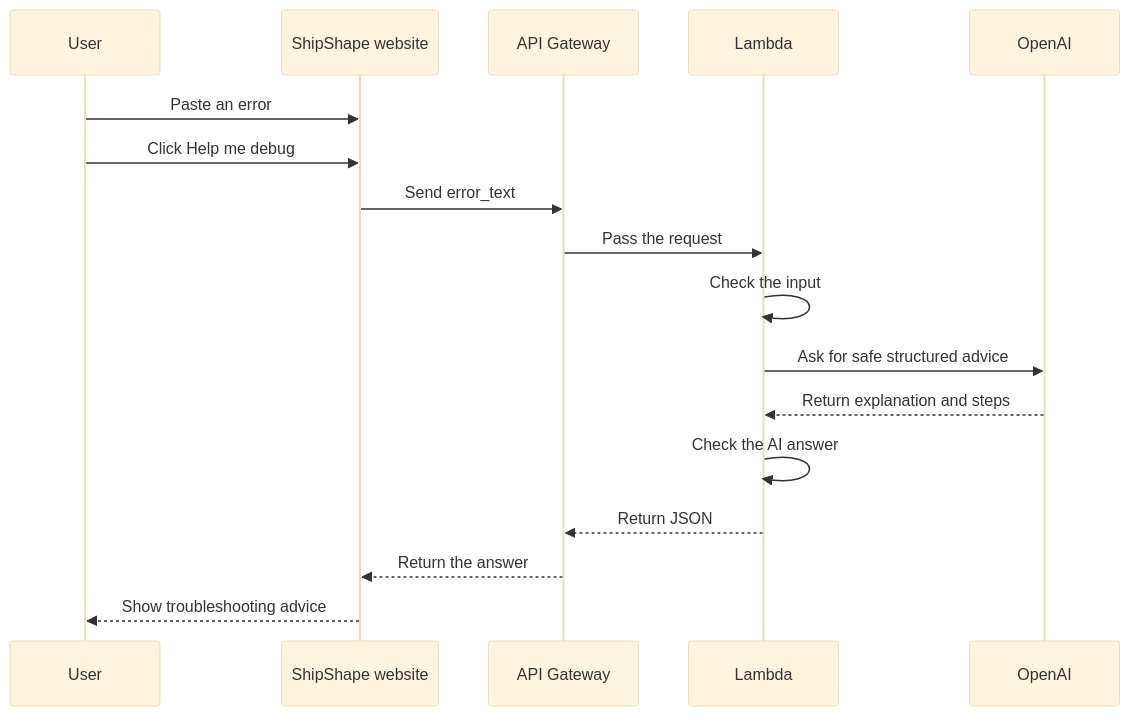
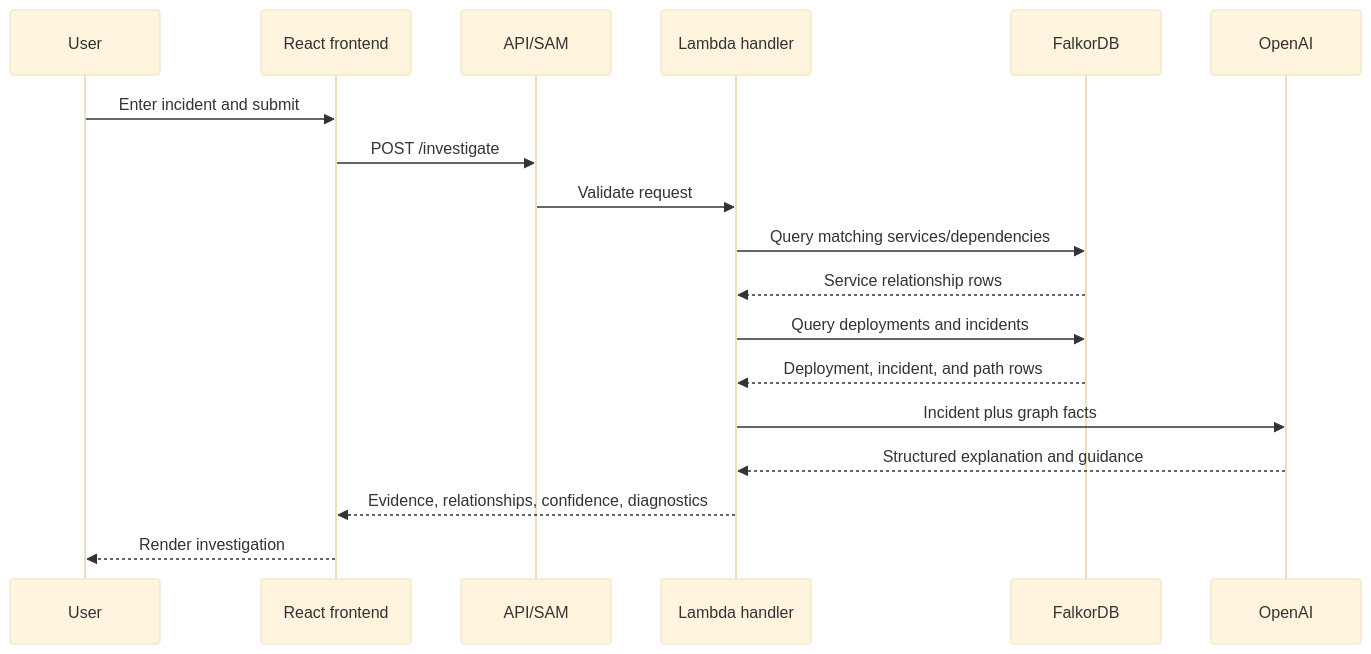
One commit to Ubayed-Bin-Sufian/ShipShape changed the second of 3 diagrams in architecture.md. Above: the diagram before and after it, drawn with Mermaid (base theme). The commit also changed other lines of this file and 1 other file, not shown here.

Commit message:
Document ShipShape Graph submission setup

````diff
--- a/architecture.md
+++ b/architecture.md
@@ -138,20 +23,21 @@
 ```mermaid
 sequenceDiagram
-    participant User as User
-    participant Site as ShipShape website
-    participant Gateway as API Gateway
-    participant Function as Lambda
-    participant AI as OpenAI
+  participant U as User
+  participant F as React frontend
+  participant A as API/SAM
+  participant L as Lambda handler
+  participant G as FalkorDB
+  participant M as OpenAI
 
-    User->>Site: Paste an error
-    User->>Site: Click Help me debug
-    Site->>Gateway: Send error_text
-    Gateway->>Function: Pass the request
-    Function->>Function: Check the input
-    Function->>AI: Ask for safe structured advice
-    AI-->>Function: Return explanation and steps
-    Function->>Function: Check the AI answer
-    Function-->>Gateway: Return JSON
-    Gateway-->>Site: Return the answer
-    Site-->>User: Show troubleshooting advice
+  U->>F: Enter incident and submit
+  F->>A: POST /investigate
+  A->>L: Validate request
+  L->>G: Query matching services/dependencies
+  G-->>L: Service relationship rows
+  L->>G: Query deployments and incidents
+  G-->>L: Deployment, incident, and path rows
+  L->>M: Incident plus graph facts
+  M-->>L: Structured explanation and guidance
+  L-->>F: Evidence, relationships, confidence, diagnostics
+  F-->>U: Render investigation
 ```
````
